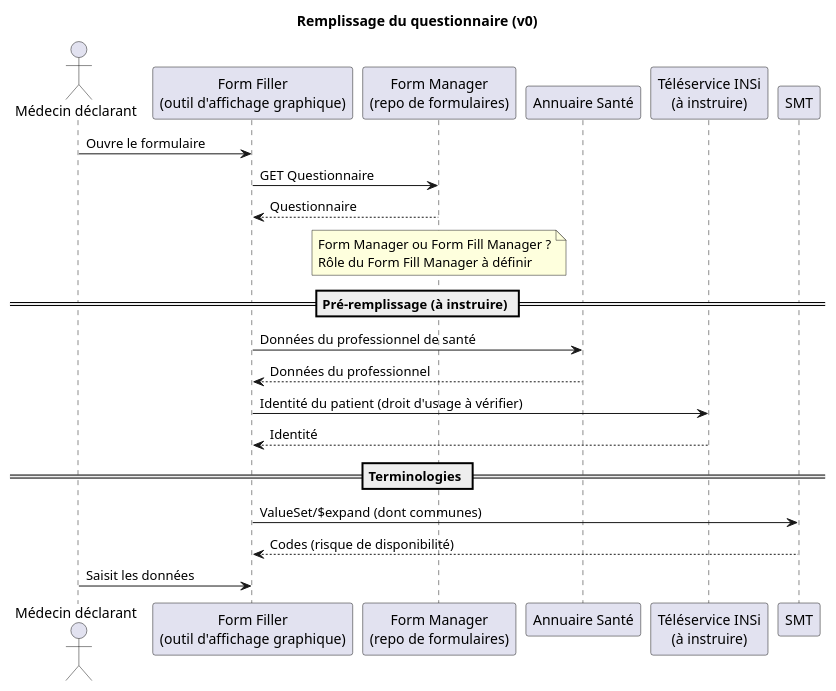
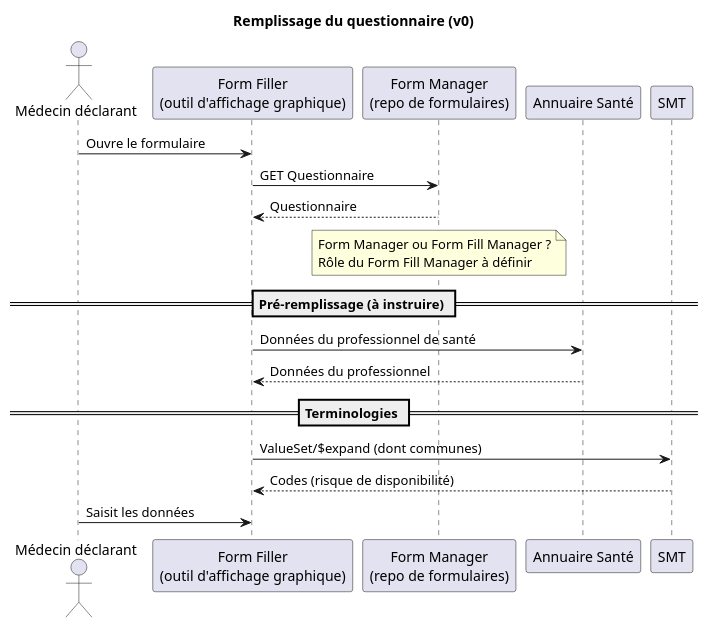
The diagram in input/images-source/architecture-flux-remplissage.plantuml (nriss/ig-test-dmso), drawn with PlantUML before and after one commit. The commit also changed 1 other file, not shown here.

Commit message:
Architecture : Form Designer métier, remplissage automatique dans la cellule Form Filler, retrait d'INSi

```diff
--- a/input/images-source/architecture-flux-remplissage.plantuml
+++ b/input/images-source/architecture-flux-remplissage.plantuml
@@ -1,28 +1,25 @@
 @startuml
 ' Version 0 - à améliorer
 title Remplissage du questionnaire (v0)
 
 actor "Médecin déclarant" as PS
 participant "Form Filler\n(outil d'affichage graphique)" as FF
 participant "Form Manager\n(repo de formulaires)" as FM
 participant "Annuaire Santé" as ANN
-participant "Téléservice INSi\n(à instruire)" as INSI
 participant "SMT" as SMT
 
 PS -> FF : Ouvre le formulaire
 FF -> FM : GET Questionnaire
 FM --> FF : Questionnaire
 note over FM : Form Manager ou Form Fill Manager ?\nRôle du Form Fill Manager à définir
 
 == Pré-remplissage (à instruire) ==
 FF -> ANN : Données du professionnel de santé
 ANN --> FF : Données du professionnel
-FF -> INSI : Identité du patient (droit d'usage à vérifier)
-INSI --> FF : Identité
 
 == Terminologies ==
 FF -> SMT : ValueSet/$expand (dont communes)
 SMT --> FF : Codes (risque de disponibilité)
 
 PS -> FF : Saisit les données
 @enduml
```
